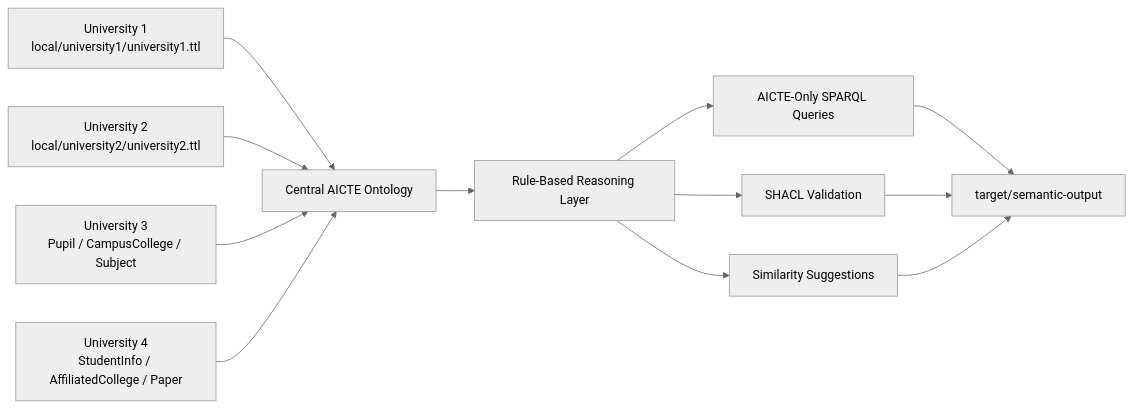
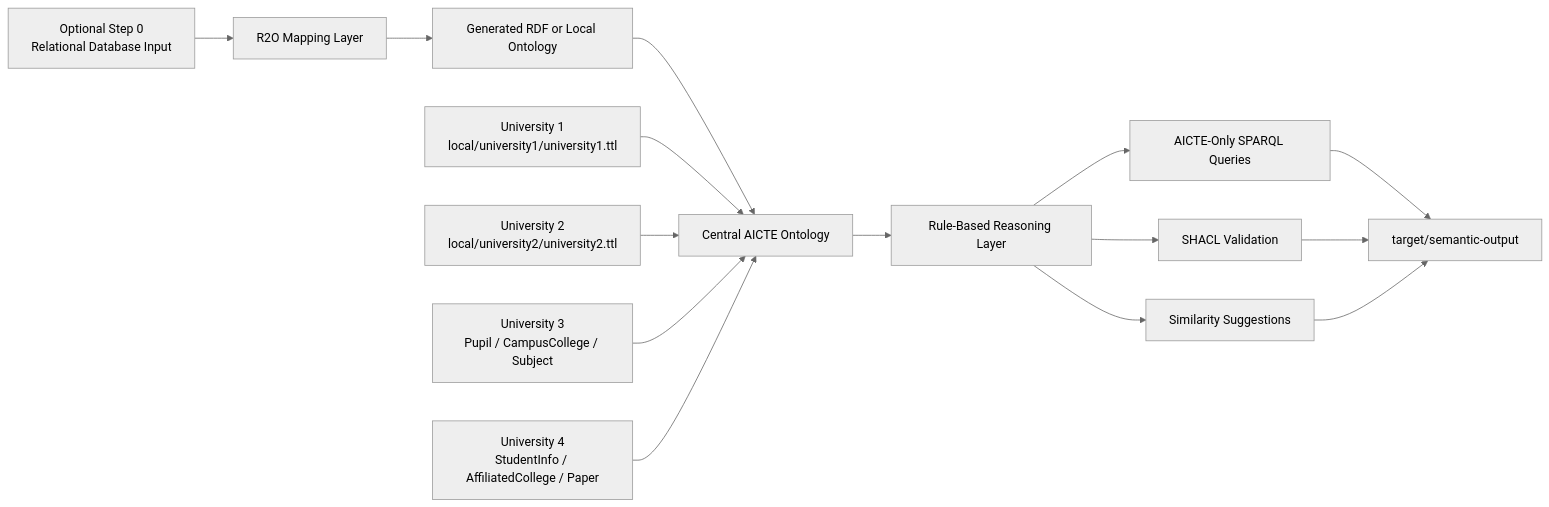
Before and after one commit to ap5967ap/SEMLINK: the diagram in docs/semantic-integration/architecture.md, drawn with Mermaid (neutral theme). The commit also changed other lines of this file and 10 other files, not shown here.

````diff
--- a/docs/semantic-integration/architecture.md
+++ b/docs/semantic-integration/architecture.md
@@ -3,14 +3,17 @@
 ```mermaid
 flowchart LR
-    U1["University 1\nlocal/university1/university1.ttl"] --> A["Central AICTE Ontology"]
+    DB["Optional Step 0\nRelational Database Input"] --> M["R2O Mapping Layer"]
+    M --> U0["Generated RDF or Local Ontology"]
+    U0 --> A["Central AICTE Ontology"]
+    U1["University 1\nlocal/university1/university1.ttl"] --> A
     U2["University 2\nlocal/university2/university2.ttl"] --> A
     U3["University 3\nPupil / CampusCollege / Subject"] --> A
     U4["University 4\nStudentInfo / AffiliatedCollege / Paper"] --> A
     A --> R["Rule-Based Reasoning Layer"]
     R --> Q["AICTE-Only SPARQL Queries"]
     R --> V["SHACL Validation"]
     R --> S["Similarity Suggestions"]
     Q --> O["target/semantic-output"]
     V --> O
     S --> O
 ```
````
